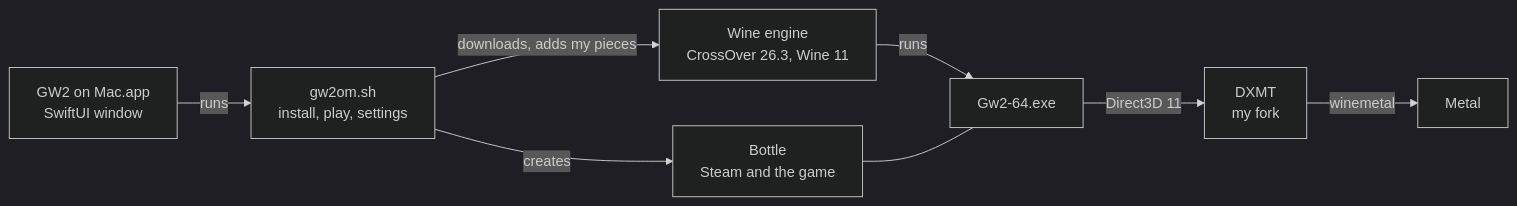
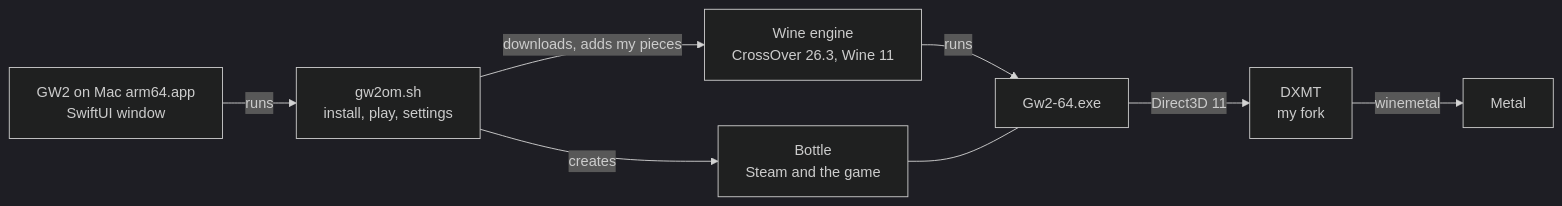
One commit to jdrly/gw2-on-mac changed the first of 4 diagrams in README.md. Above: the diagram before and after it, drawn with Mermaid (dark theme). The commit also changed other lines of this file and 17 other files, not shown here.

First line of the commit message:
Dev build: GW2 on Mac arm64, a second app that installs next to 0.1.x with its own folders (#23)

````diff
--- a/README.md
+++ b/README.md
@@ -308,10 +315,10 @@
 ```mermaid
 flowchart LR
-    app["GW2 on Mac.app<br/>SwiftUI window"] -->|"runs"| sh["gw2om.sh<br/>install, play, settings"]
+    app["GW2 on Mac arm64.app<br/>SwiftUI window"] -->|"runs"| sh["gw2om.sh<br/>install, play, settings"]
     sh -->|"downloads, adds my pieces"| engine["Wine engine<br/>CrossOver 26.3, Wine 11"]
     sh -->|"creates"| bottle["Bottle<br/>Steam and the game"]
     engine -->|"runs"| game["Gw2-64.exe"]
     bottle --- game
     game -->|"Direct3D 11"| dxmt["DXMT<br/>my fork"]
     dxmt -->|"winemetal"| metal["Metal"]
 ```
````
